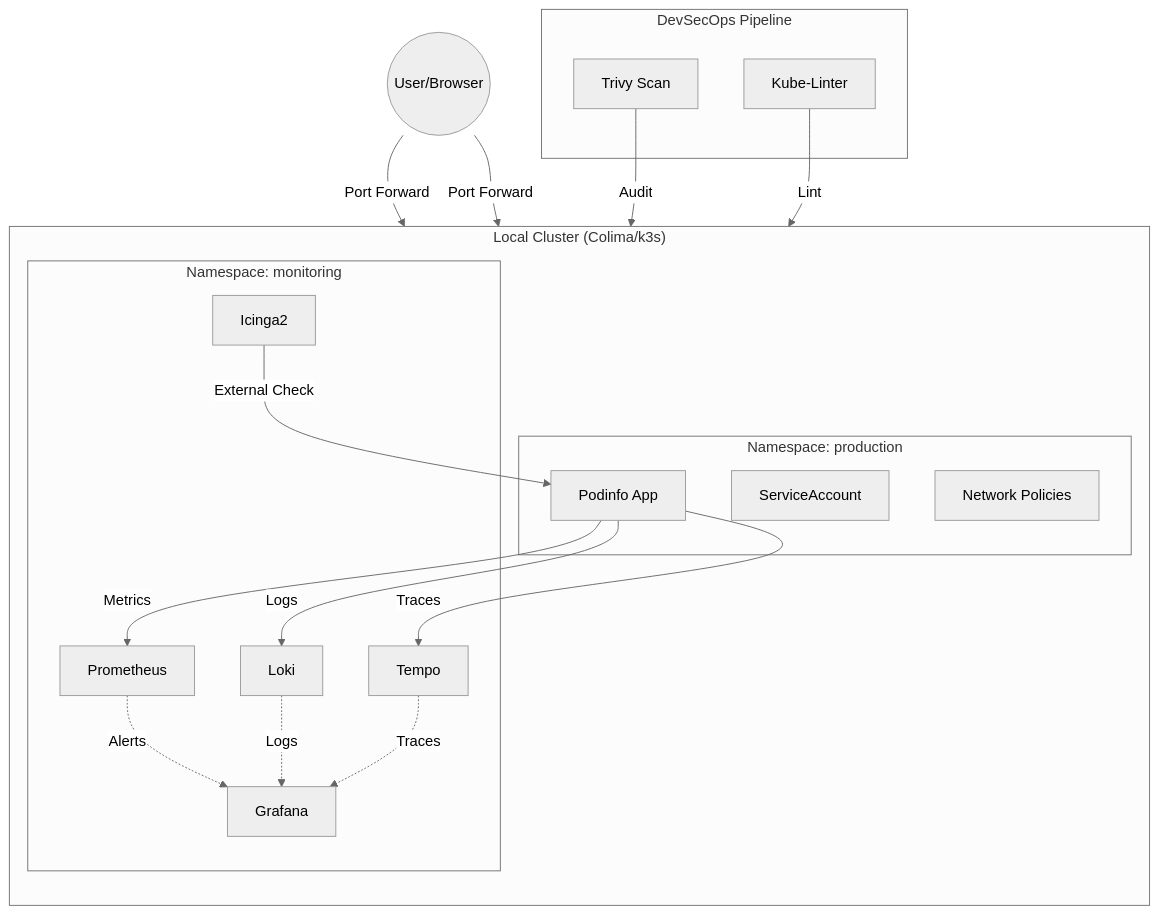
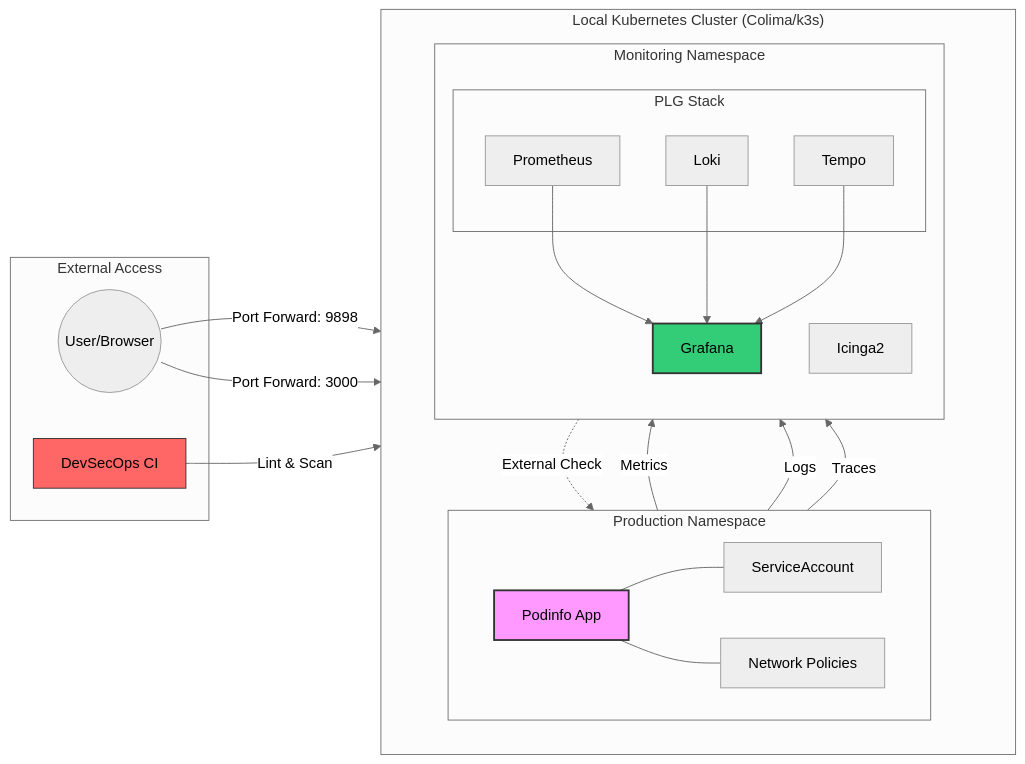
Before and after one commit to ROLANDsebastien/monitoring_project: the diagram in README.md, drawn with Mermaid (neutral theme). The commit also changed 2 other files, not shown here.

Commit message:
feat: complete observability stack (PLG+Tempo), zero-trust security, and CI/CD automation

````diff
--- a/README.md
+++ b/README.md
@@ -9,39 +9,52 @@
 ```mermaid
-graph TD
-    subgraph "Local Cluster (Colima/k3s)"
+graph LR
+    subgraph "External Access"
+        User((User/Browser))
+        CI[DevSecOps CI]
+    end
+
+    subgraph "Local Kubernetes Cluster (Colima/k3s)"
         direction TB
-        subgraph "Namespace: production"
+        
+        subgraph "Production Namespace"
+            direction LR
             App[Podinfo App]
             SA[ServiceAccount]
             NP[Network Policies]
+            App --- SA
+            App --- NP
         end
 
-        subgraph "Namespace: monitoring"
-            Prom[Prometheus]
-            Loki[Loki]
-            Tempo[Tempo]
+        subgraph "Monitoring Namespace"
+            direction TB
+            subgraph "PLG Stack"
+                Prom[Prometheus]
+                Loki[Loki]
+                Tempo[Tempo]
+            end
             Graf[Grafana]
             Icinga[Icinga2]
+            
+            Prom --> Graf
+            Loki --> Graf
+            Tempo --> Graf
         end
     end
 
-    User((User/Browser)) -->|Port Forward| Graf
-    User -->|Port Forward| App
+    %% Flows
+    User -->|Port Forward: 9898| App
+    User -->|Port Forward: 3000| Graf
+    
+    CI -->|Lint & Scan| App
     
     App -->|Metrics| Prom
     App -->|Logs| Loki
     App -->|Traces| Tempo
     
-    Prom -.->|Alerts| Graf
-    Loki -.->|Logs| Graf
-    Tempo -.->|Traces| Graf
-    
-    Icinga -->|External Check| App
-    
-    subgraph "DevSecOps Pipeline"
-        Trivy[Trivy Scan]
-        KubeLinter[Kube-Linter]
-        Trivy -->|Audit| App
-        KubeLinter -->|Lint| App
-    end
+    Icinga -.->|External Check| App
+
+    %% Styles
+    style App fill:#f9f,stroke:#333,stroke-width:2px
+    style Graf fill:#3c7,stroke:#333,stroke-width:2px
+    style CI fill:#f66,stroke:#333,stroke-width:1px
 ```
````
